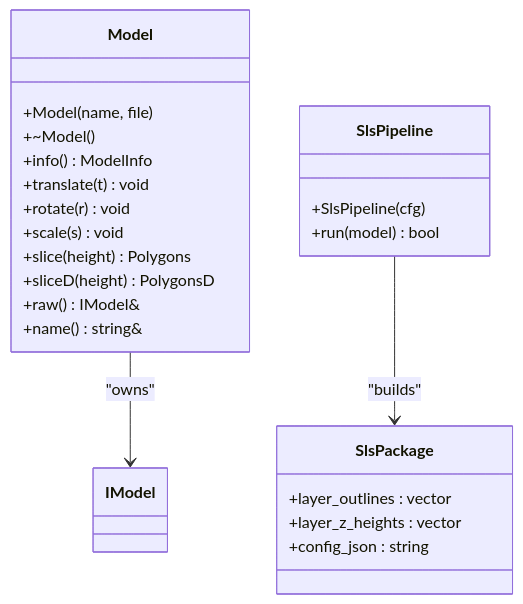
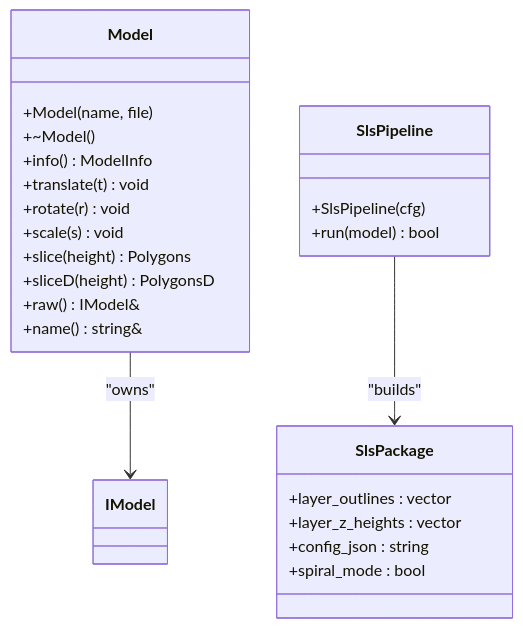
The third of 10 diagrams in .qoder/repowiki/en/content/Core Architecture/SLS Pipeline System.md (hsmbanlance/HsBaSlicer), drawn with Mermaid before and after one commit. The commit also changed other lines of this file and 20 other files, not shown here.

````diff
--- a/.qoder/repowiki/en/content/Core Architecture/SLS Pipeline System.md
+++ b/.qoder/repowiki/en/content/Core Architecture/SLS Pipeline System.md
@@ -187,26 +222,27 @@
 ```mermaid
 classDiagram
 class Model {
 +Model(name, file)
 +~Model()
 +info() ModelInfo
 +translate(t) void
 +rotate(r) void
 +scale(s) void
 +slice(height) Polygons
 +sliceD(height) PolygonsD
 +raw() IModel&
 +name() string&
 }
 class SlsPipeline {
 +SlsPipeline(cfg)
 +run(model) bool
 }
 class SlsPackage {
 +layer_outlines : vector<PolygonsD>
 +layer_z_heights : vector<float>
 +config_json : string
++spiral_mode : bool
 }
 Model --> IModel : "owns"
 SlsPipeline --> SlsPackage : "builds"
 ```
````
